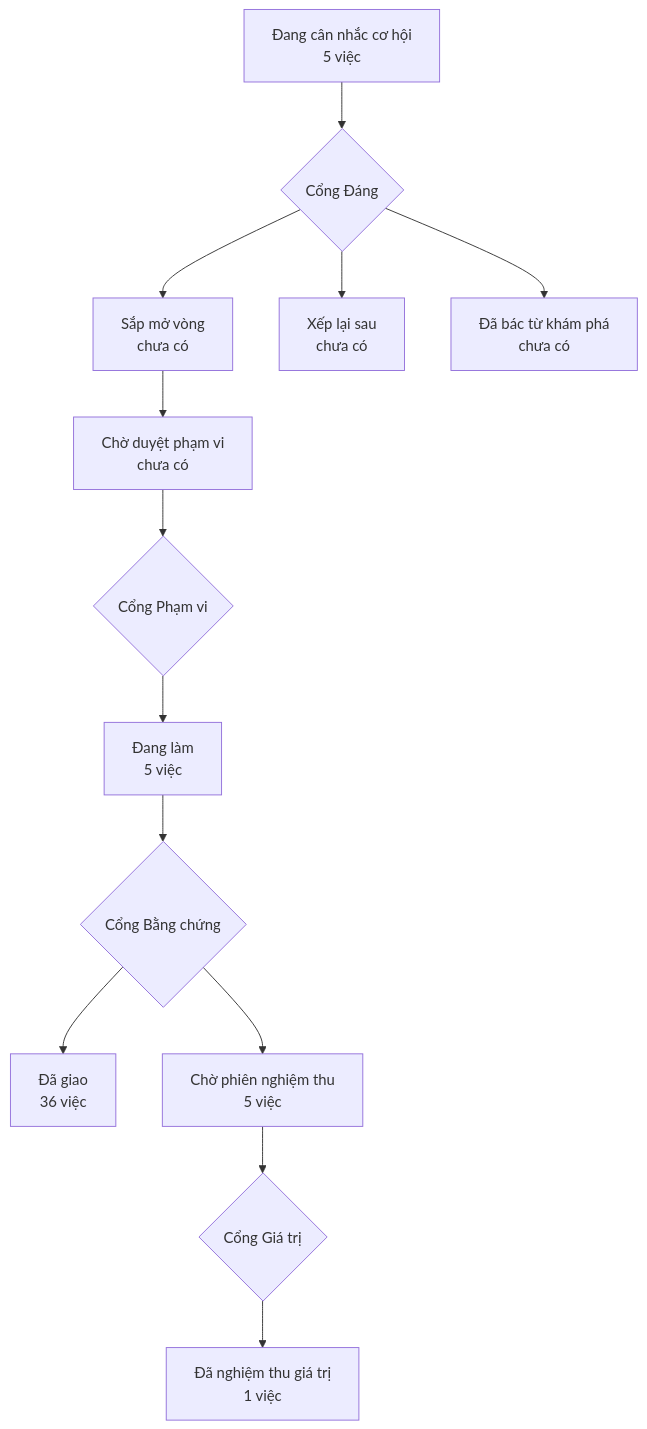
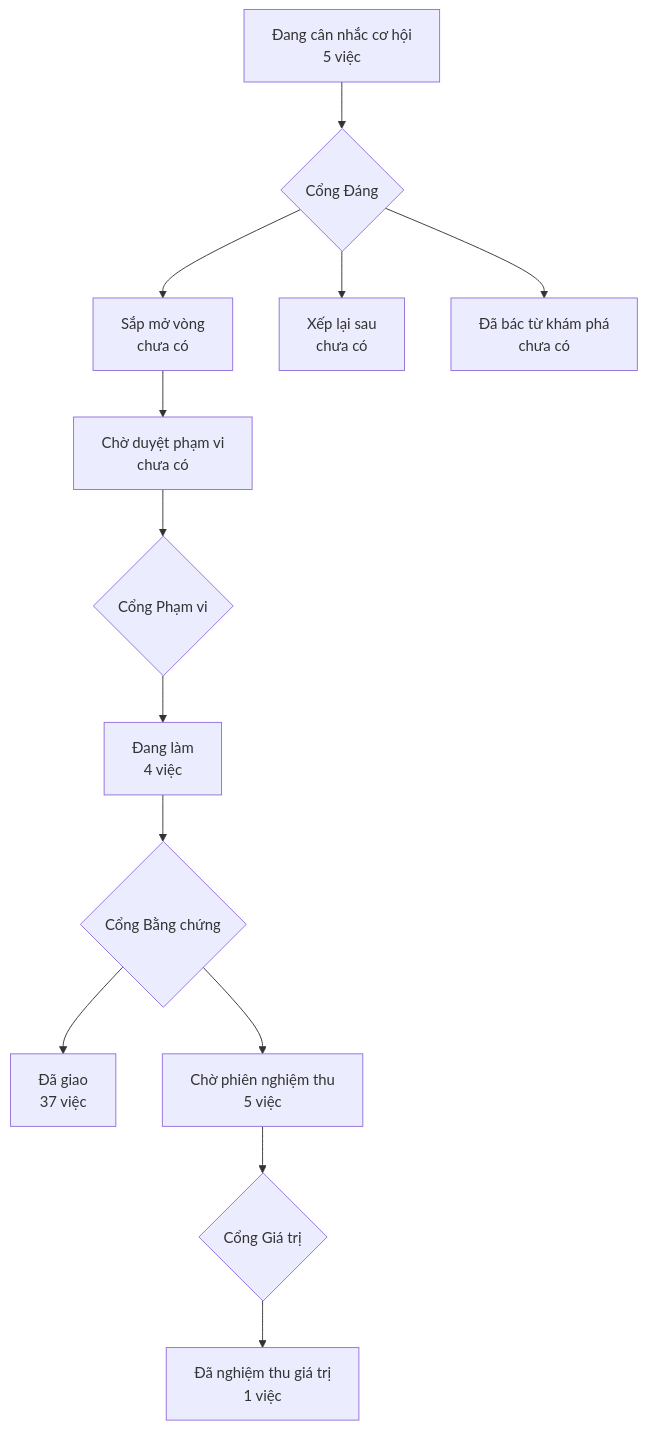
One commit to phanlemanh/crm-onehub changed the diagram in PRODUCT-MAP.md. Above: the diagram before and after it, drawn with Mermaid. The commit also changed 3 other files, not shown here.

````diff
--- a/PRODUCT-MAP.md
+++ b/PRODUCT-MAP.md
@@ -6,12 +6,12 @@
 ```mermaid
 flowchart TD
   A["Đang cân nhắc cơ hội<br/>5 việc"] --> GD{"Cổng Đáng"}
   GD --> B["Sắp mở vòng<br/>chưa có"]
   GD --> XL["Xếp lại sau<br/>chưa có"]
   GD --> DB["Đã bác từ khám phá<br/>chưa có"]
   B --> CD["Chờ duyệt phạm vi<br/>chưa có"] --> GP{"Cổng Phạm vi"}
-  GP --> DL["Đang làm<br/>5 việc"] --> GB{"Cổng Bằng chứng"}
-  GB --> DG["Đã giao<br/>36 việc"]
+  GP --> DL["Đang làm<br/>4 việc"] --> GB{"Cổng Bằng chứng"}
+  GB --> DG["Đã giao<br/>37 việc"]
   GB --> CN["Chờ phiên nghiệm thu<br/>5 việc"] --> GG{"Cổng Giá trị"}
   GG --> NT["Đã nghiệm thu giá trị<br/>1 việc"]
 ```
````
